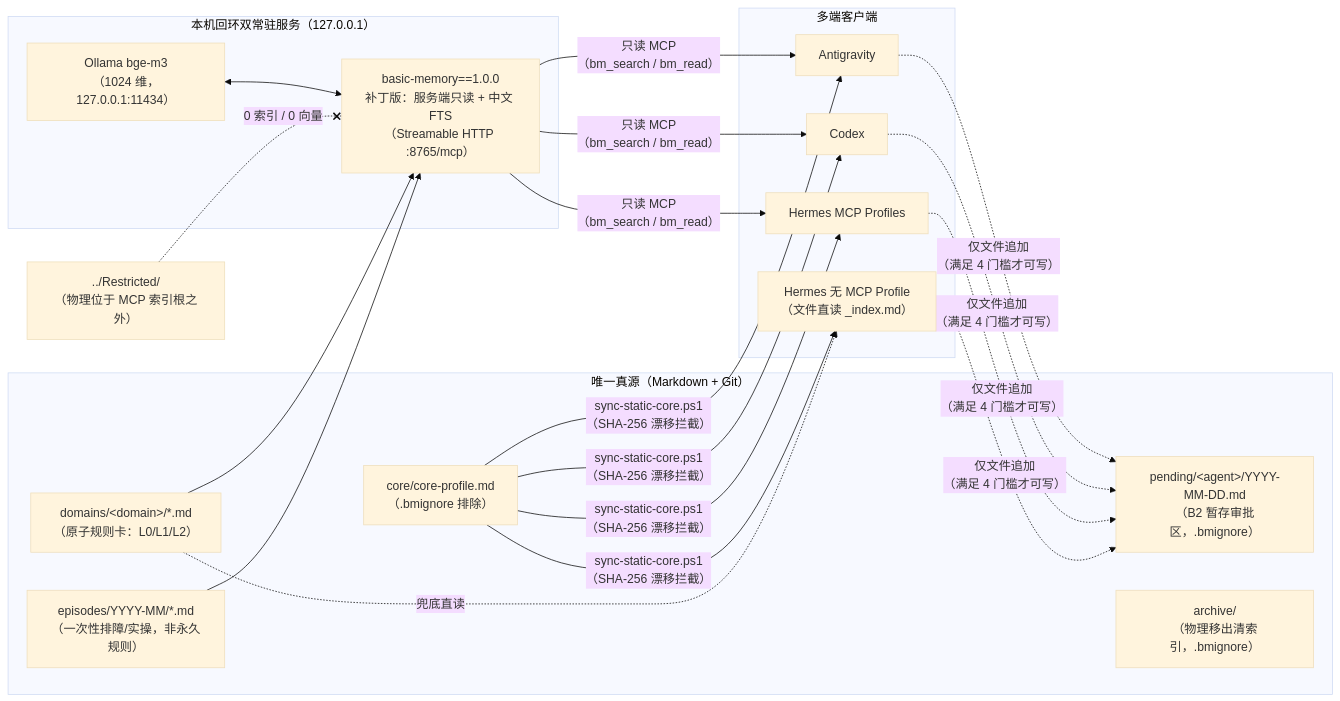
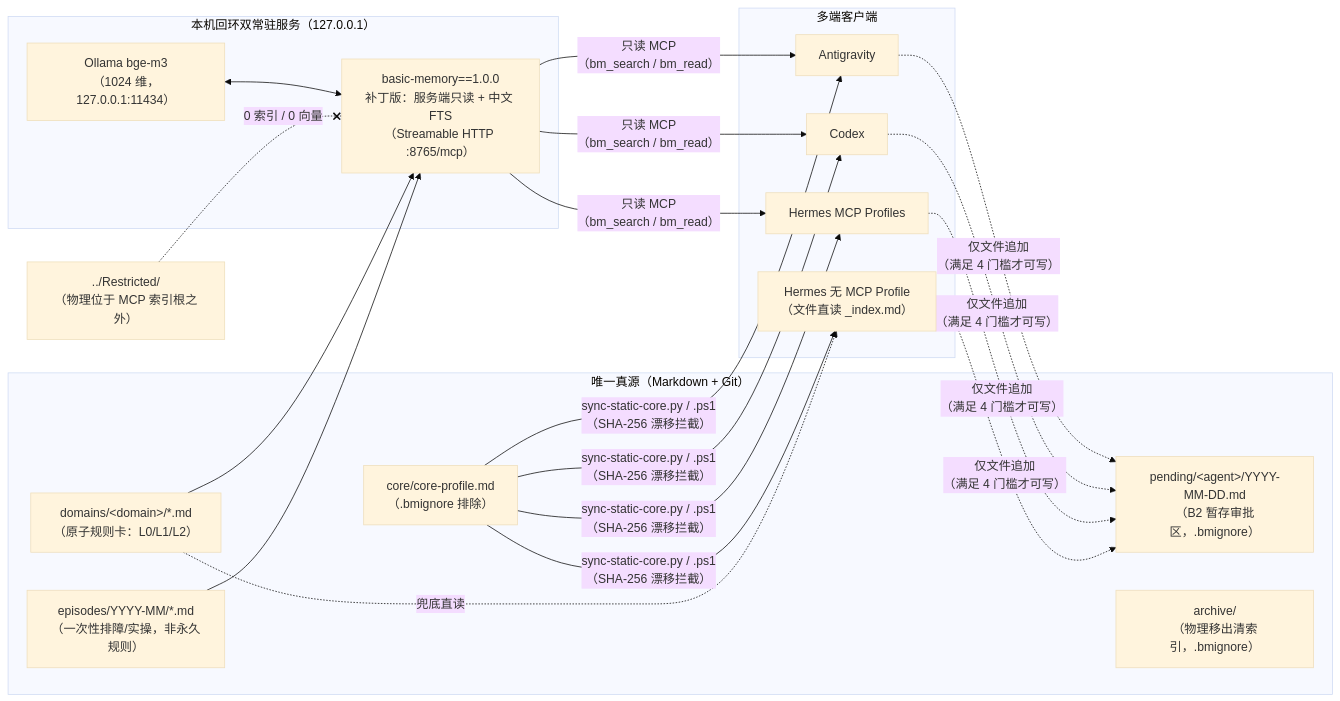
The diagram in README.zh-CN.md (Dirtytrii/local-agent-memory), drawn with Mermaid (base theme) before and after one commit. The commit also changed other lines of this file and 11 other files, not shown here.

````diff
--- a/README.zh-CN.md
+++ b/README.zh-CN.md
@@ -24,32 +24,32 @@
 ```mermaid
 flowchart LR
     subgraph SOT["唯一真源（Markdown + Git）"]
         CORE["core/core-profile.md<br/>（.bmignore 排除）"]
         DOM["domains/&lt;domain&gt;/*.md<br/>（原子规则卡：L0/L1/L2）"]
         EP["episodes/YYYY-MM/*.md<br/>（一次性排障/实操，非永久规则）"]
         PEND["pending/&lt;agent&gt;/YYYY-MM-DD.md<br/>（B2 暂存审批区，.bmignore）"]
         ARCH["archive/<br/>（物理移出清索引，.bmignore）"]
     end
 
     REST["../Restricted/<br/>（物理位于 MCP 索引根之外）"]
 
     subgraph LOCAL["本机回环双常驻服务（127.0.0.1）"]
         OLL["Ollama bge-m3<br/>（1024 维，127.0.0.1:11434）"]
         BM["basic-memory==1.0.0<br/>补丁版：服务端只读 + 中文 FTS<br/>（Streamable HTTP :8765/mcp）"]
     end
 
     subgraph CLIENTS["多端客户端"]
         AG["Antigravity"]
         CX["Codex"]
         HM["Hermes MCP Profiles"]
         HN["Hermes 无 MCP Profile<br/>（文件直读 _index.md）"]
     end
 
-    CORE -->|"sync-static-core.ps1<br/>（SHA-256 漂移拦截）"| AG & CX & HM & HN
+    CORE -->|"sync-static-core.py / .ps1<br/>（SHA-256 漂移拦截）"| AG & CX & HM & HN
     DOM & EP --> BM
     OLL <--> BM
     BM -->|"只读 MCP<br/>（bm_search / bm_read）"| AG & CX & HM
     AG & CX & HM & HN -.->|"仅文件追加<br/>（满足 4 门槛才可写）"| PEND
     DOM -.->|"兜底直读"| HN
     REST -.-x|"0 索引 / 0 向量"| BM
 ```
````
